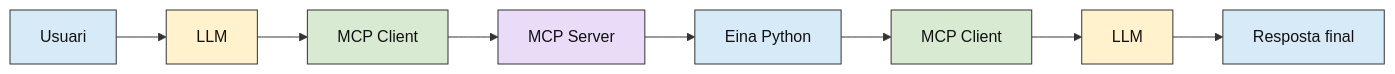
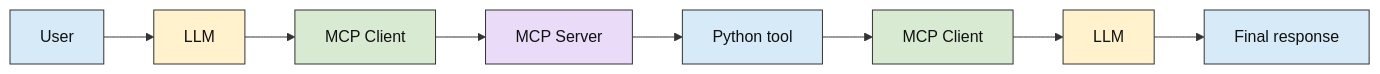
The second of 2 diagrams in AI_Observability/docs/05_MCP.md (eetac/Visual_tools_for_AI), drawn with Mermaid before and after one commit. The commit also changed other lines of this file and 31 other files, not shown here.

````diff
--- a/AI_Observability/docs/05_MCP.md
+++ b/AI_Observability/docs/05_MCP.md
@@ -162,23 +162,23 @@
 ```mermaid
 
 flowchart LR
-    U["Usuari"] --> L1["LLM"]
+    U["User"] --> L1["LLM"]
     L1 --> C1["MCP Client"]
     C1 --> S["MCP Server"]
-    S --> T["Eina Python"]
+    S --> T["Python tool"]
     T --> C2["MCP Client"]
     C2 --> L2["LLM"]
-    L2 --> F["Resposta final"]
+    L2 --> F["Final response"]
 
     classDef usuari fill:#D6EAF8,stroke:#333333,color:#111111
     classDef llm fill:#FFF2CC,stroke:#333333,color:#111111
     classDef client fill:#D9EAD3,stroke:#333333,color:#111111
     classDef server fill:#EADCF8,stroke:#333333,color:#111111
     classDef eina fill:#D6EAF8,stroke:#333333,color:#111111
 
     class U,F usuari
     class L1,L2 llm
     class C1,C2 client
     class S server
     class T eina
 ```
````
